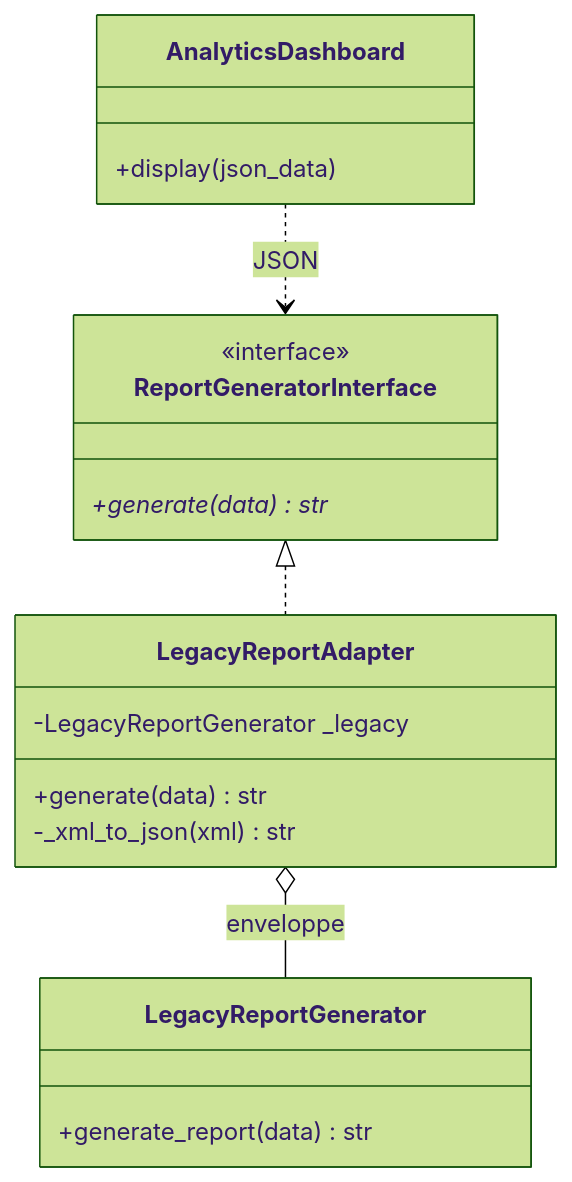
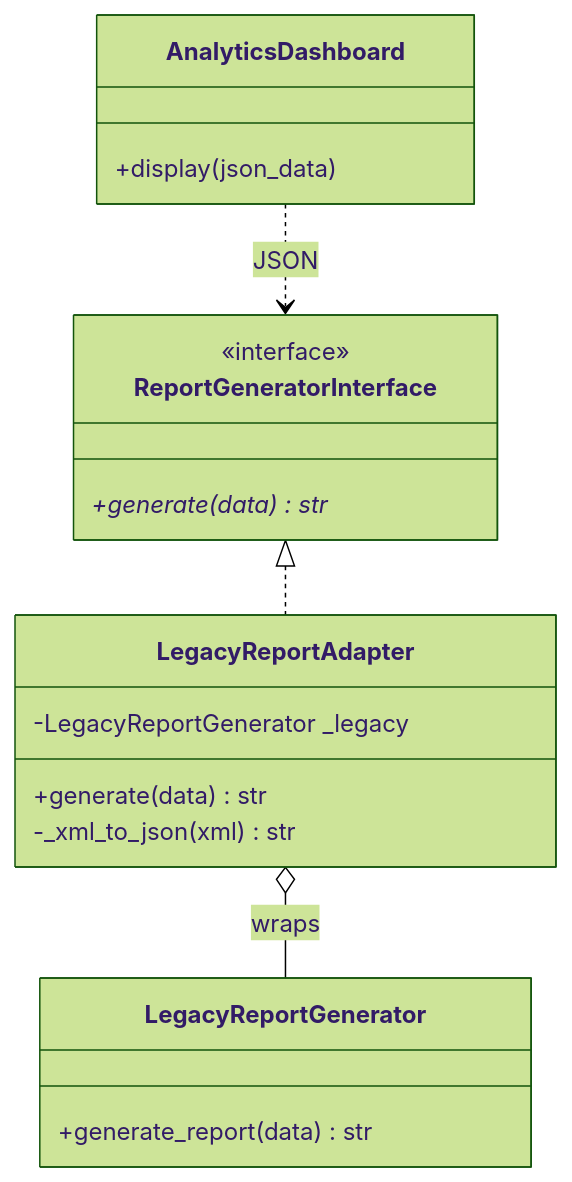
Before and after one commit to OthmanChennaoui/oop-aidams-2a-exercices: the fourth of 7 diagrams in 05_design_patterns/README.md, drawn with Mermaid (forest theme). The commit also changed other lines of this file and 32 other files, not shown here.

````diff
--- a/05_design_patterns/README.md
+++ b/05_design_patterns/README.md
@@ -108,21 +108,21 @@
 ```mermaid
 classDiagram
     class ReportGeneratorInterface {
         <<interface>>
         +generate(data)* str
     }
     class LegacyReportAdapter {
         -LegacyReportGenerator _legacy
         +generate(data) str
         -_xml_to_json(xml) str
     }
     class LegacyReportGenerator {
         +generate_report(data) str
     }
     class AnalyticsDashboard {
         +display(json_data)
     }
     ReportGeneratorInterface <|.. LegacyReportAdapter
-    LegacyReportAdapter o-- LegacyReportGenerator : enveloppe
+    LegacyReportAdapter o-- LegacyReportGenerator : wraps
     AnalyticsDashboard ..> ReportGeneratorInterface : JSON
 ```
````
